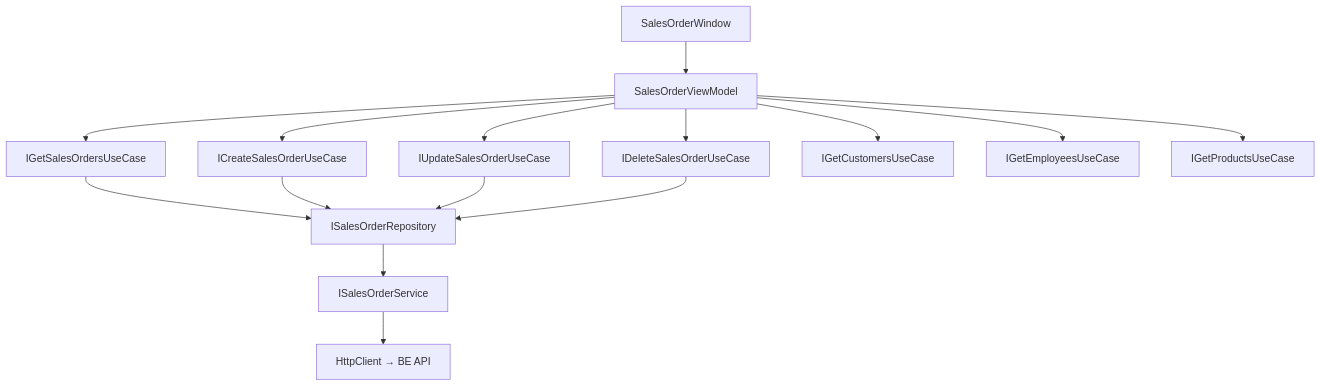
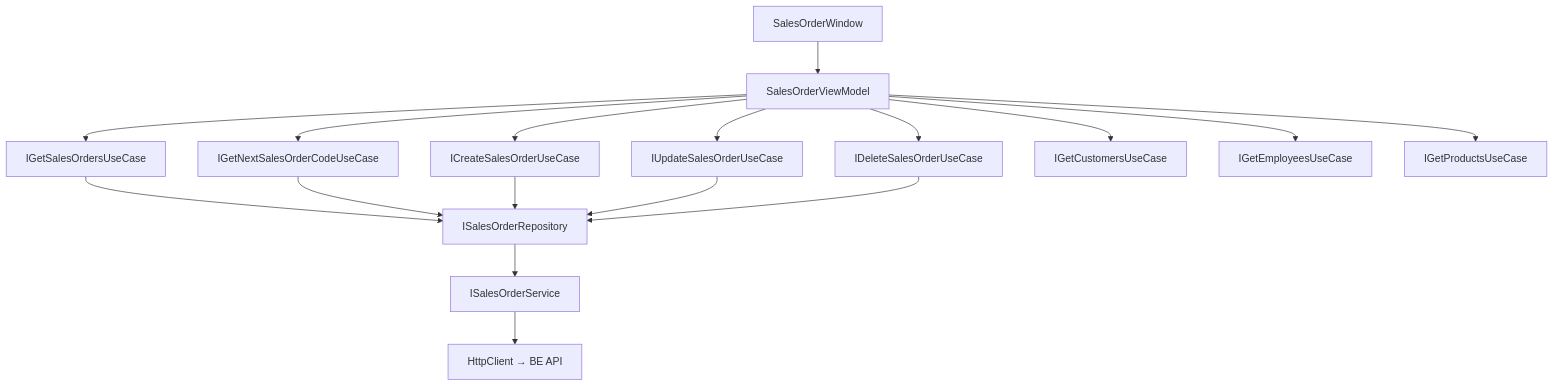
Before and after one commit to haiphan5289/desktop-lamour: the diagram in src/DesktopLamour/Features/HomePage/Sales/docs/sales.md, drawn with Mermaid. The commit also changed other lines of this file and 150 other files, not shown here.

````diff
--- a/src/DesktopLamour/Features/HomePage/Sales/docs/sales.md
+++ b/src/DesktopLamour/Features/HomePage/Sales/docs/sales.md
@@ -88,17 +93,19 @@
 ```mermaid
 graph TD
     A[SalesOrderWindow] --> B[SalesOrderViewModel]
     B --> C[IGetSalesOrdersUseCase]
+    B --> N[IGetNextSalesOrderCodeUseCase]
     B --> D[ICreateSalesOrderUseCase]
     B --> E[IUpdateSalesOrderUseCase]
     B --> F[IDeleteSalesOrderUseCase]
     B --> G[IGetCustomersUseCase]
     B --> H[IGetEmployeesUseCase]
     B --> I[IGetProductsUseCase]
     C --> J[ISalesOrderRepository]
+    N --> J
     D --> J
     E --> J
     F --> J
     J --> K[ISalesOrderService]
     K --> L[HttpClient → BE API]
 ```
````
